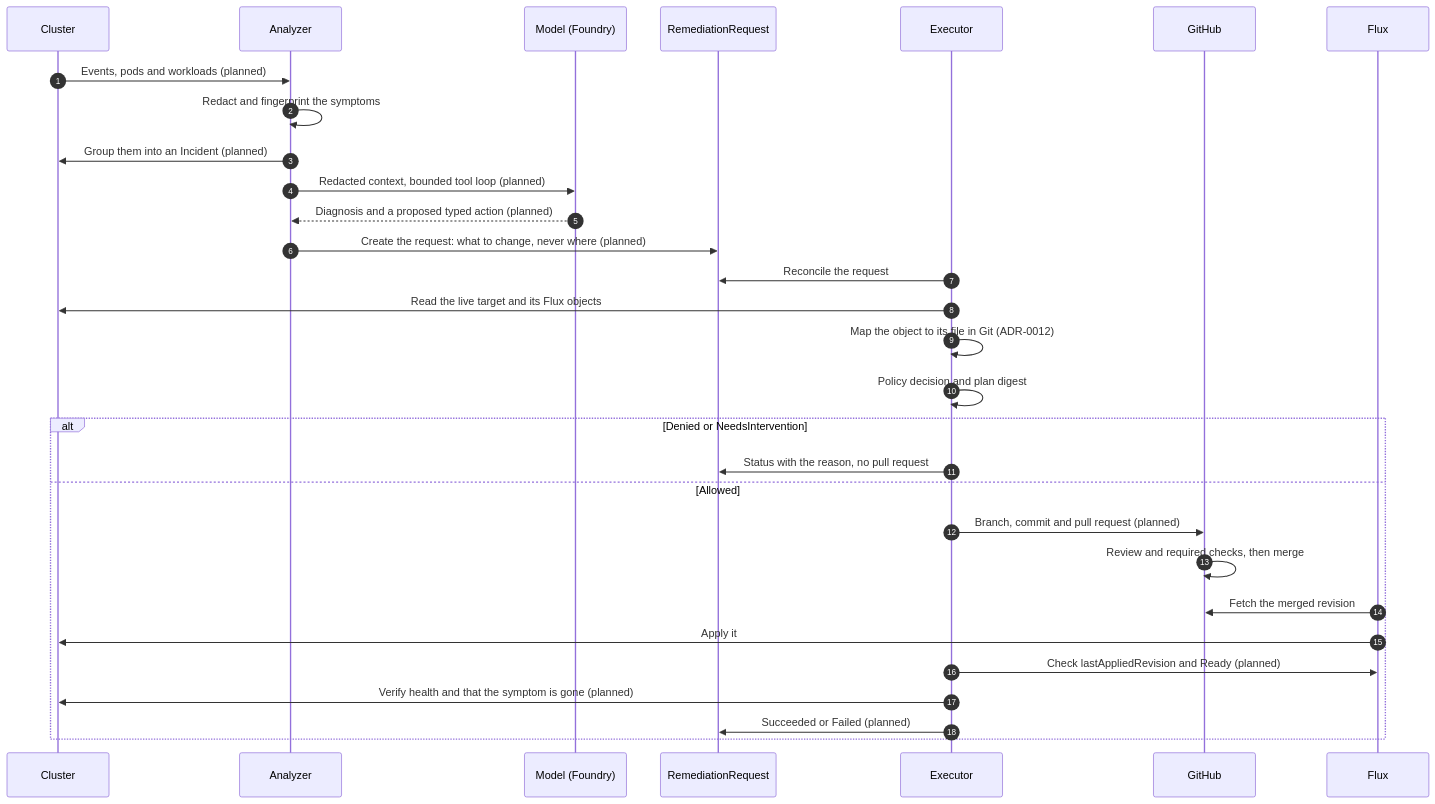
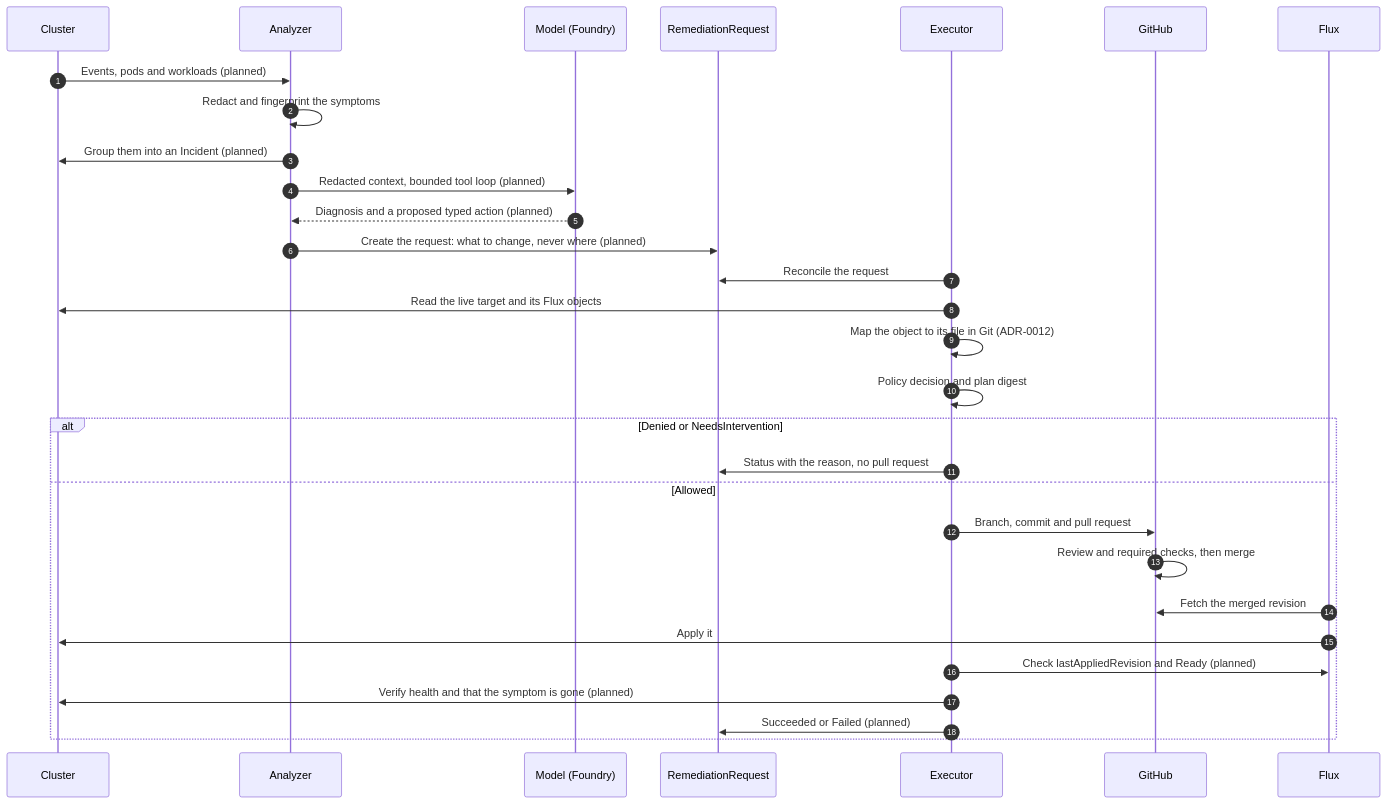
One commit to pkalin/shadewright changed the first of 5 diagrams in docs/design.md. Above: the diagram before and after it, drawn with Mermaid. The commit also changed other lines of this file and 12 other files, not shown here.

First line of the commit message:
feat(gitops): open one pull request per allowed request (#177)

````diff
--- a/docs/design.md
+++ b/docs/design.md
@@ -41,32 +41,32 @@
 ```mermaid
 sequenceDiagram
     autonumber
     participant K as Cluster
     participant A as Analyzer
     participant M as Model (Foundry)
     participant R as RemediationRequest
     participant E as Executor
     participant G as GitHub
     participant F as Flux
     K->>A: Events, pods and workloads (planned)
     A->>A: Redact and fingerprint the symptoms
     A->>K: Group them into an Incident (planned)
     A->>M: Redacted context, bounded tool loop (planned)
     M-->>A: Diagnosis and a proposed typed action (planned)
     A->>R: Create the request: what to change, never where (planned)
     E->>R: Reconcile the request
     E->>K: Read the live target and its Flux objects
     E->>E: Map the object to its file in Git (ADR-0012)
     E->>E: Policy decision and plan digest
     alt Denied or NeedsIntervention
         E->>R: Status with the reason, no pull request
     else Allowed
-        E->>G: Branch, commit and pull request (planned)
+        E->>G: Branch, commit and pull request
         G->>G: Review and required checks, then merge
         F->>G: Fetch the merged revision
         F->>K: Apply it
         E->>F: Check lastAppliedRevision and Ready (planned)
         E->>K: Verify health and that the symptom is gone (planned)
         E->>R: Succeeded or Failed (planned)
     end
 ```
````
